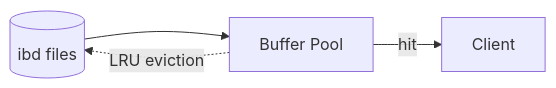
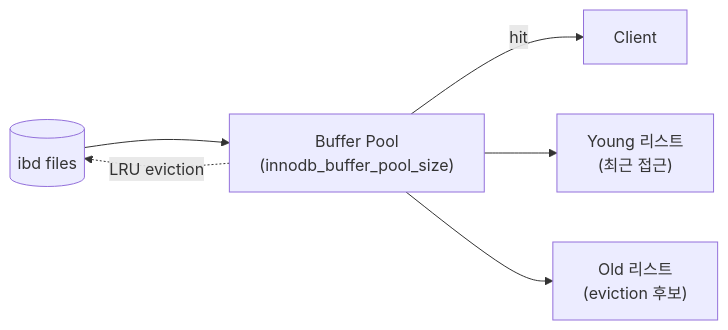
One commit to shinkeonkim/shinkeonkim.github.io changed the seventh of 8 diagrams in src/content/wiki/database-internals/mysql-innodb.mdx. Above: the diagram before and after it, drawn with Mermaid. The commit also changed other lines of this file and 526 other files, not shown here.

First line of the commit message:
content(wiki): 전수조사 및 대규모 보강 (짧은 파일 0, mermaid +645)

````diff
--- a/src/content/wiki/database-internals/mysql-innodb.mdx
+++ b/src/content/wiki/database-internals/mysql-innodb.mdx
@@ -86,6 +159,8 @@
 ```mermaid
 flowchart LR
-    Disk[(ibd files)] --> BP[Buffer Pool]
+    Disk[("ibd files")] --> BP["Buffer Pool<br/>(innodb_buffer_pool_size)"]
     BP -->|hit| Client
-    BP -.->|LRU eviction| Disk
+    BP -.->|"LRU eviction"| Disk
+    BP --> Young["Young 리스트<br/>(최근 접근)"]
+    BP --> Old["Old 리스트<br/>(eviction 후보)"]
 ```
````
